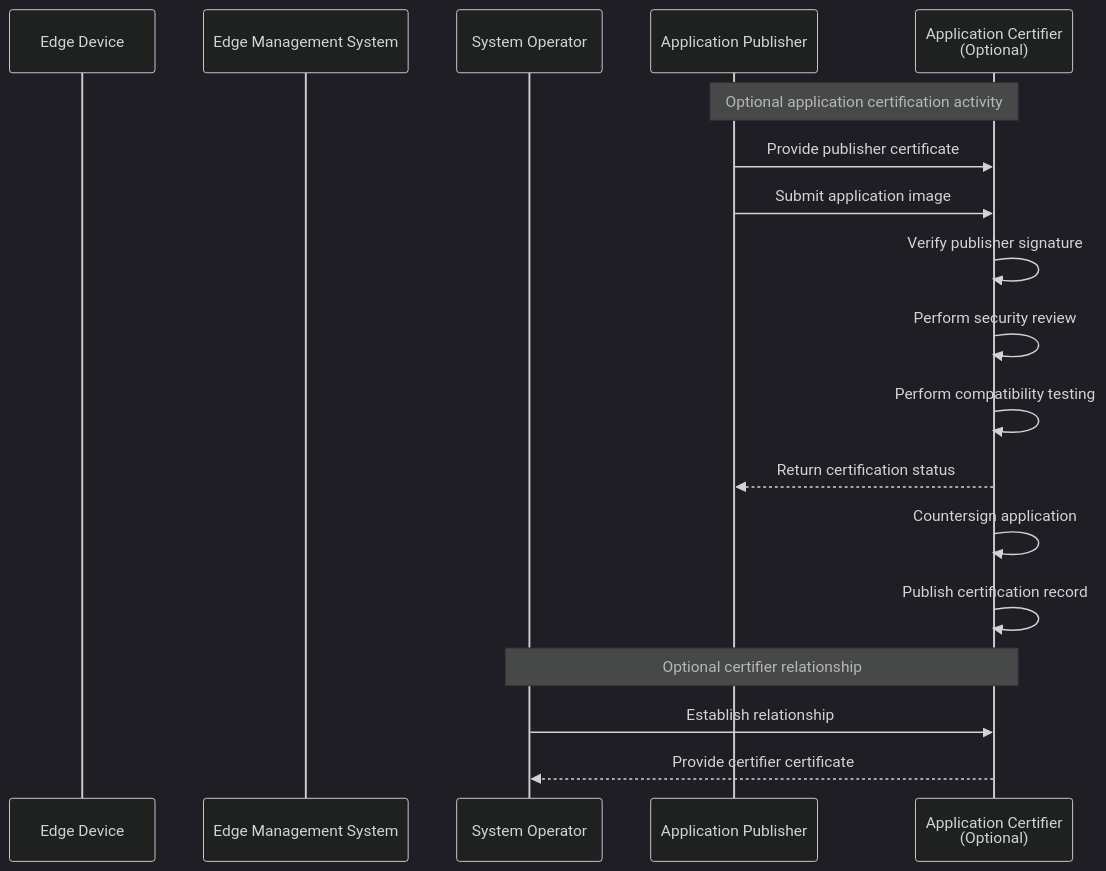
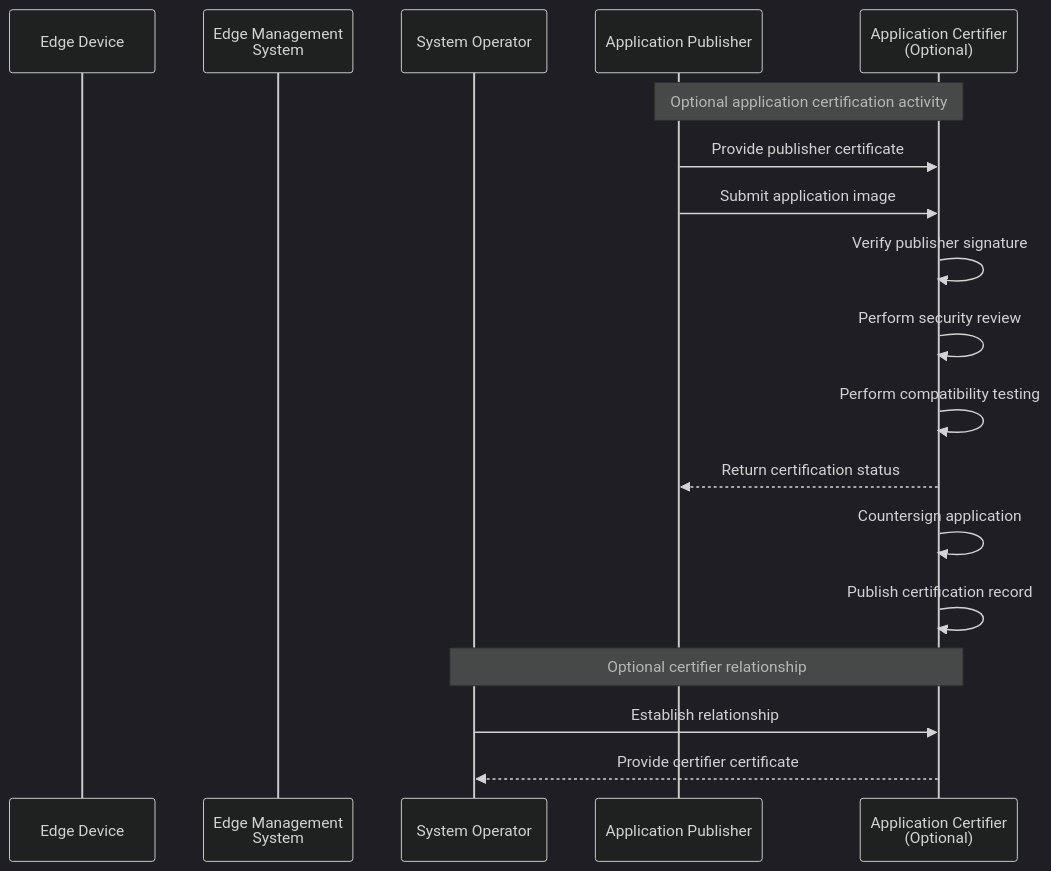
One commit to geisa/specification changed the diagram in source/operations/app-lifecycle-certifier.mermaid. Above: the diagram before and after it, drawn with Mermaid (dark theme). The commit also changed 30 other files, not shown here.

```diff
--- a/source/operations/app-lifecycle-certifier.mermaid
+++ b/source/operations/app-lifecycle-certifier.mermaid
@@ -1,20 +1,20 @@
 sequenceDiagram
     participant D as Edge Device
-    participant E as Edge Management System
+    participant E as Edge Management<br/>System
     participant O as System Operator
     participant A as Application Publisher
     participant C as Application Certifier<br/>(Optional)
 
     Note over A,C: Optional application certification activity
     A->>C: Provide publisher certificate
     A->>C: Submit application image
     C->>C: Verify publisher signature
     C->>C: Perform security review
     C->>C: Perform compatibility testing
     C-->>A: Return certification status
     C->>C: Countersign application
     C->>C: Publish certification record
 
     Note over O,C: Optional certifier relationship
     O->>C: Establish relationship
     C-->>O: Provide certifier certificate
```
